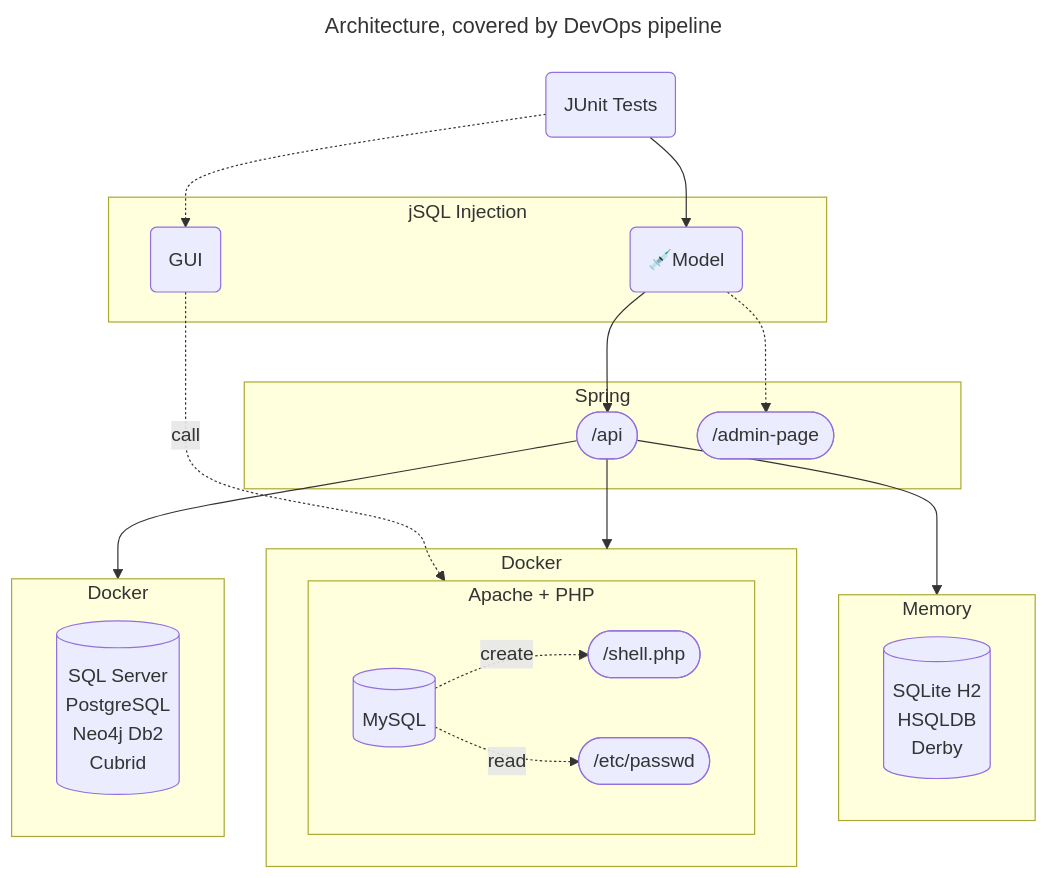
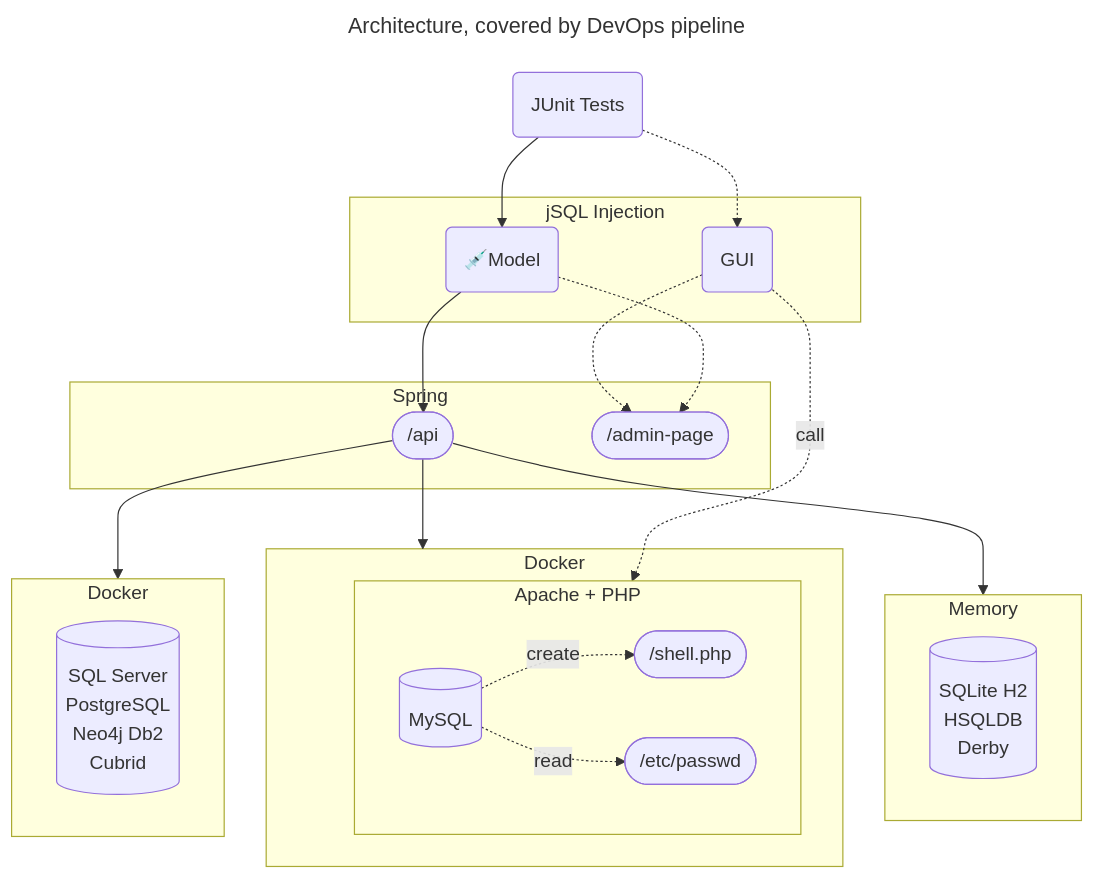
Before and after one commit to ron190/jsql-injection: the diagram in README.md, drawn with Mermaid. The commit also changed 14 other files, not shown here.

````diff
--- a/README.md
+++ b/README.md
@@ -44,46 +44,46 @@
 ```mermaid
 ---
 title: Architecture, covered by DevOps pipeline
 ---
 graph
 junit(JUnit Tests)
 subgraph "jSQL Injection"
     gui(GUI)
     model("💉Model")
 end
 subgraph Spring
     apis([/api])
     admin([/admin-page])
 end
 subgraph Memory
     memory-other[("
         SQLite H2
         HSQLDB
         Derby
     ")]   
 end
 subgraph Docker
     subgraph Apache + PHP
         direction LR
         mysql[(MySQL)]
         shell(["/shell.php"])
         passwd(["/etc/passwd"])   
     end   
 end
 subgraph Docker2 [Docker]
     docker-other[("
         SQL Server
         PostgreSQL 
         Neo4j Db2
         Cubrid
     ")]   
 end
 gui -. "call" .-> shell
 mysql -. create .-> shell
 mysql -. read .-> passwd
 junit -.-> gui
 junit --> model
-model -.-> admin
+model & gui -.-> admin
 model --> apis
 apis --> Docker & Docker2 & Memory
 ```
````
